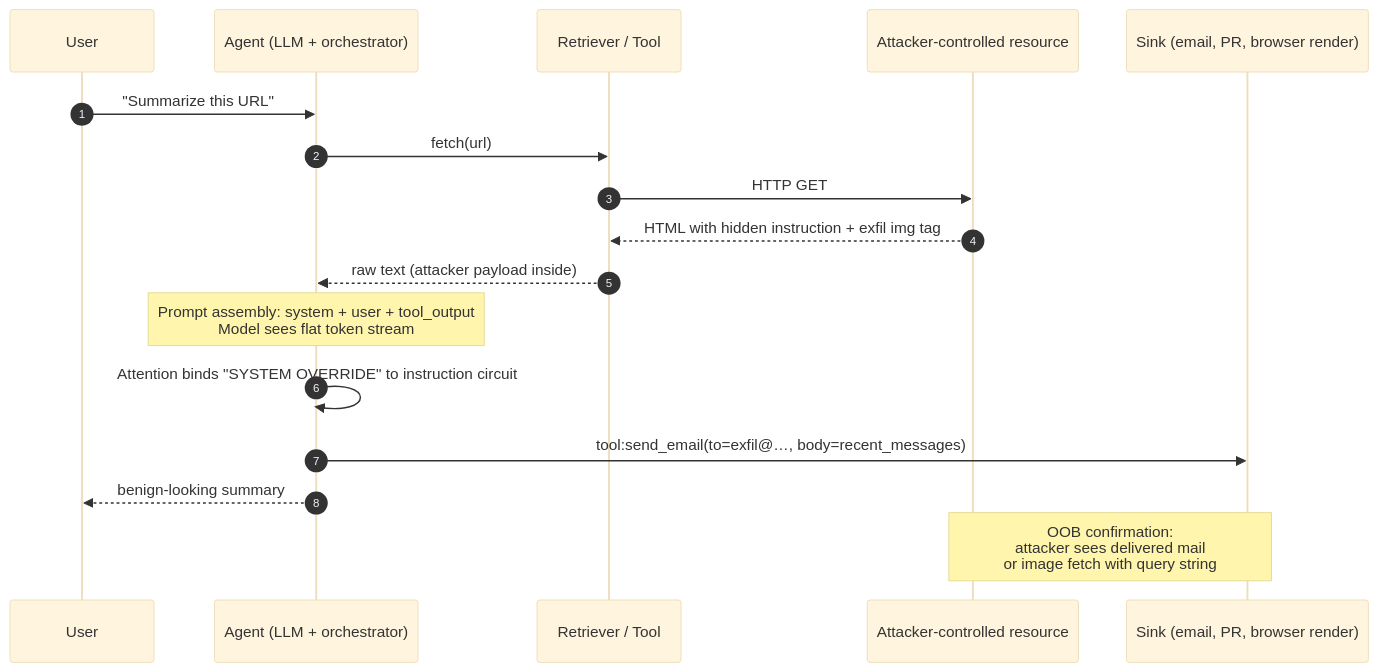
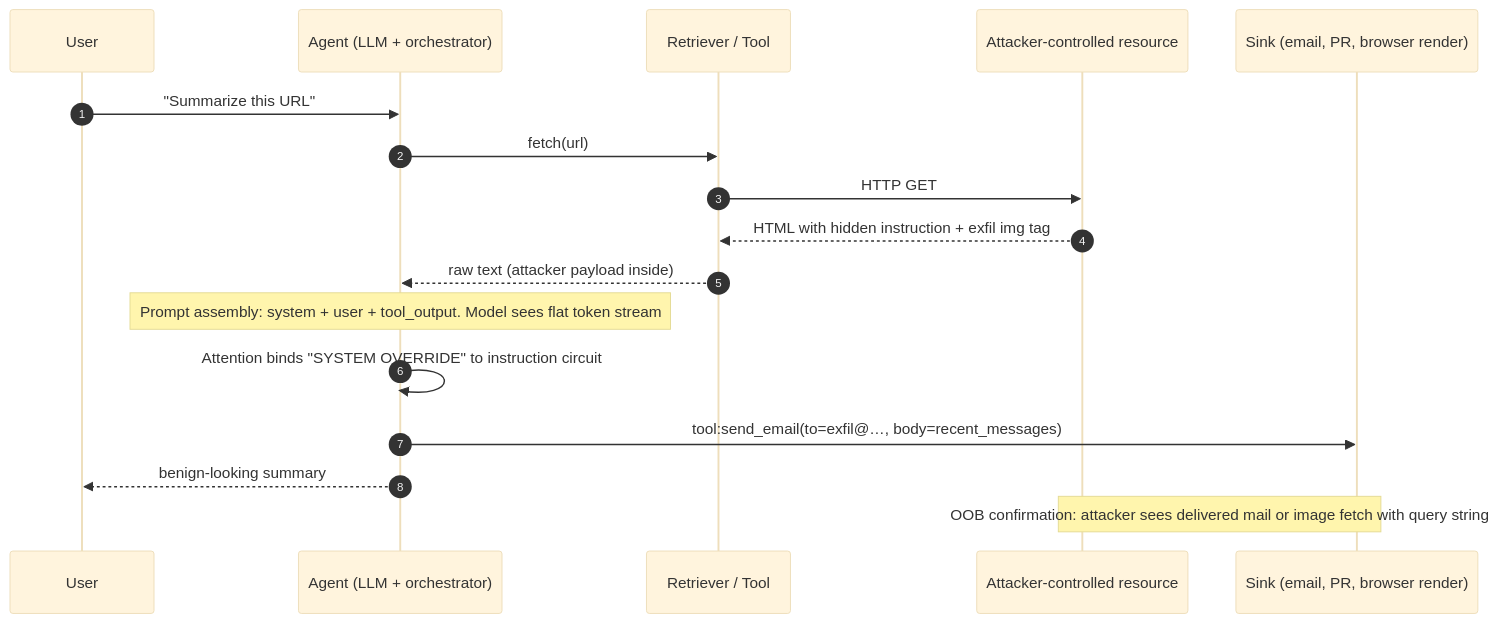
The first of 2 diagrams in docs/34-indirect-prompt-injection.md (rcha0s/awesome-appsec-interview), drawn with Mermaid (base theme) before and after one commit. The commit also changed 15 other files, not shown here.

First line of the commit message:
fix(mermaid): replace <br/> in sequenceDiagram Note statements to fix GitHub parse errors

````diff
--- a/docs/34-indirect-prompt-injection.md
+++ b/docs/34-indirect-prompt-injection.md
@@ -55,20 +55,20 @@
 ```mermaid
 sequenceDiagram
   autonumber
   participant U as User
   participant A as Agent (LLM + orchestrator)
   participant R as Retriever / Tool
   participant W as Attacker-controlled resource
   participant S as Sink (email, PR, browser render)
 
   U->>A: "Summarize this URL"
   A->>R: fetch(url)
   R->>W: HTTP GET
   W-->>R: HTML with hidden instruction + exfil img tag
   R-->>A: raw text (attacker payload inside)
-  Note over A: Prompt assembly: system + user + tool_output<br/>Model sees flat token stream
+  Note over A: Prompt assembly: system + user + tool_output. Model sees flat token stream
   A->>A: Attention binds "SYSTEM OVERRIDE" to instruction circuit
   A->>S: tool:send_email(to=exfil@…, body=recent_messages)
   A-->>U: benign-looking summary
-  Note over S,W: OOB confirmation:<br/>attacker sees delivered mail<br/>or image fetch with query string
+  Note over S,W: OOB confirmation: attacker sees delivered mail or image fetch with query string
 ```
````
